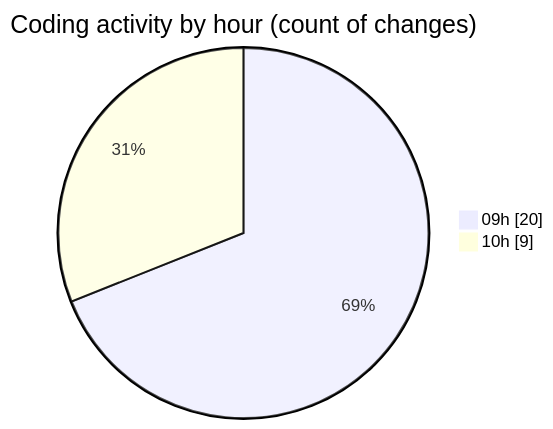
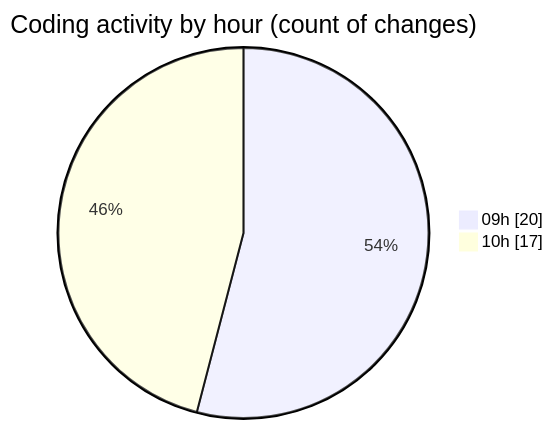
One commit to robertbonfada/code-tracking changed the second of 2 diagrams in 2025-03-19/peregrino-web/README.md. Above: the diagram before and after it, drawn with Mermaid. The commit also changed other lines of this file and 1 other file, not shown here.

````diff
--- a/2025-03-19/peregrino-web/README.md
+++ b/2025-03-19/peregrino-web/README.md
@@ -34,6 +34,6 @@
 ```mermaid
 pie showData
 title Coding activity by hour (count of changes)
 "09h" : 20
-"10h" : 9
+"10h" : 17
 ```
````
